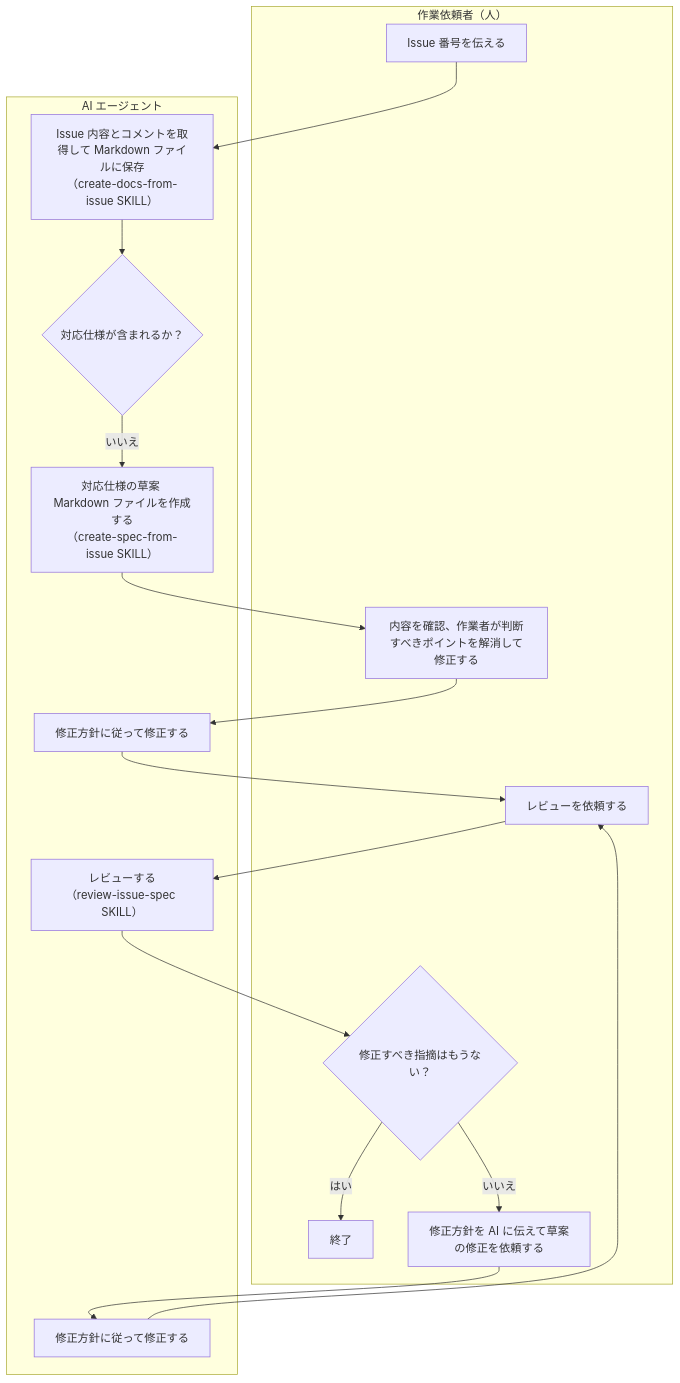
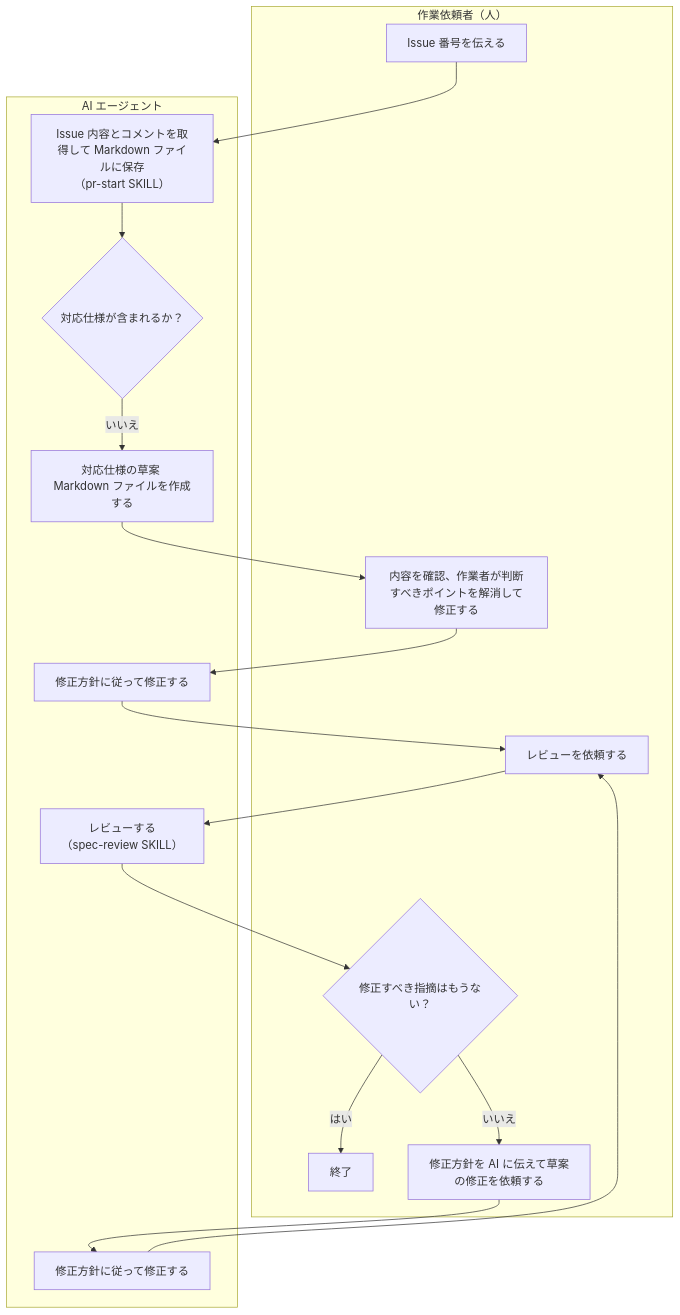
The fifth of 6 diagrams in docs/Workflow.md (k5n/custom-agents-settings), drawn with Mermaid before and after one commit. The commit also changed other lines of this file and 6 other files, not shown here.

````diff
--- a/docs/Workflow.md
+++ b/docs/Workflow.md
@@ -165,26 +164,26 @@
 ```mermaid
 flowchart TD
     subgraph Human[作業依頼者（人）]
         A[Issue 番号を伝える]
         E[内容を確認、作業者が判断すべきポイントを解消して修正する]
         G[レビューを依頼する]
         I{修正すべき指摘はもうない？}
         J[終了]
         K[修正方針を AI に伝えて草案の修正を依頼する]
     end
 
     subgraph AI[AI エージェント]
-        B[Issue 内容とコメントを取得して Markdown ファイルに保存\n（create-docs-from-issue SKILL）]
+        B[Issue 内容とコメントを取得して Markdown ファイルに保存\n（pr-start SKILL）]
         C{対応仕様が含まれるか？}
-        D[対応仕様の草案 Markdown ファイルを作成する\n（create-spec-from-issue SKILL）]
+        D[対応仕様の草案 Markdown ファイルを作成する]
         F[修正方針に従って修正する]
-        H[レビューする\n（review-issue-spec SKILL）]
+        H[レビューする\n（spec-review SKILL）]
         L[修正方針に従って修正する]
     end
 
     A --> B --> C
     C -- いいえ --> D --> E --> F --> G
     G --> H --> I
     I -- はい --> J
     I -- いいえ --> K --> L --> G
 ```
````
